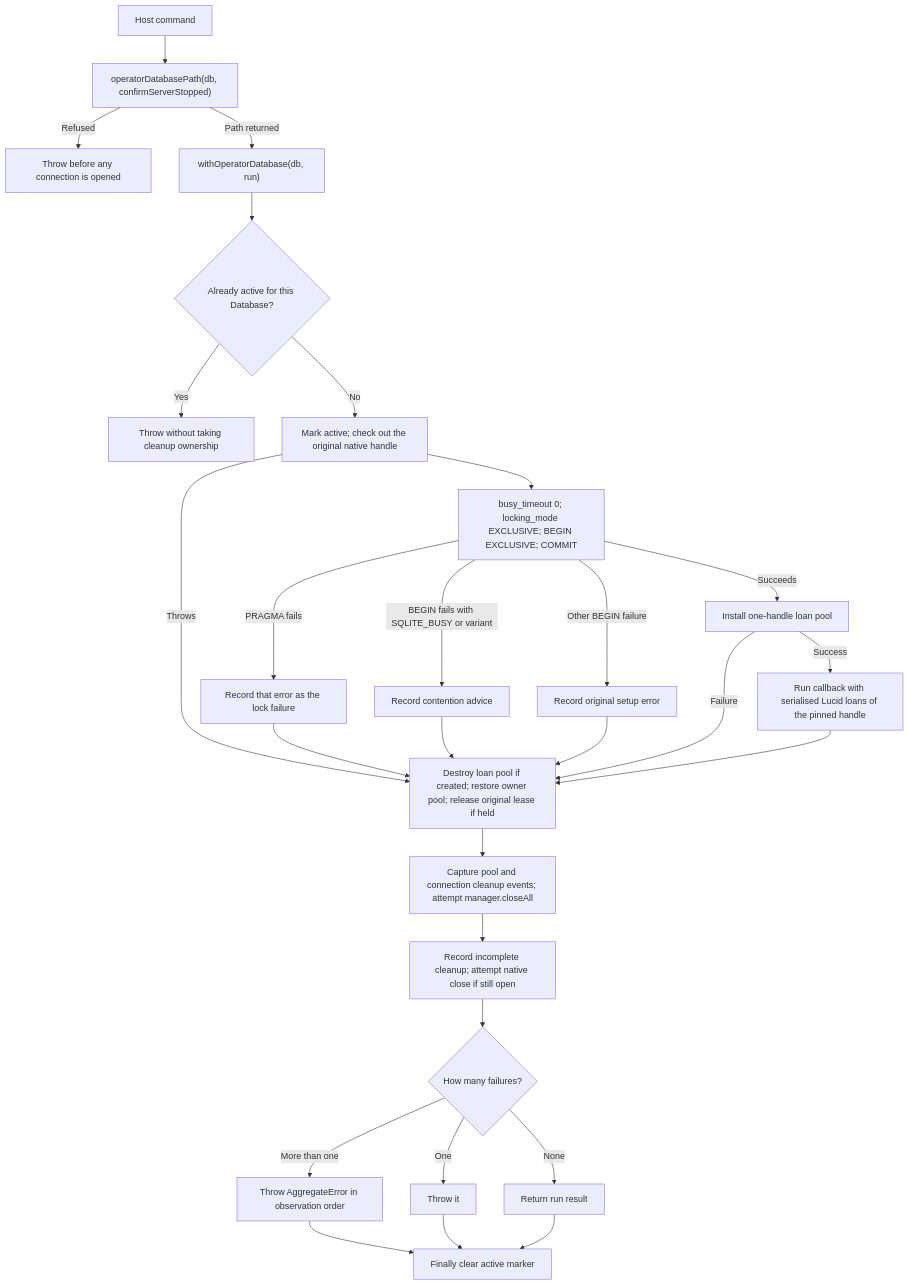
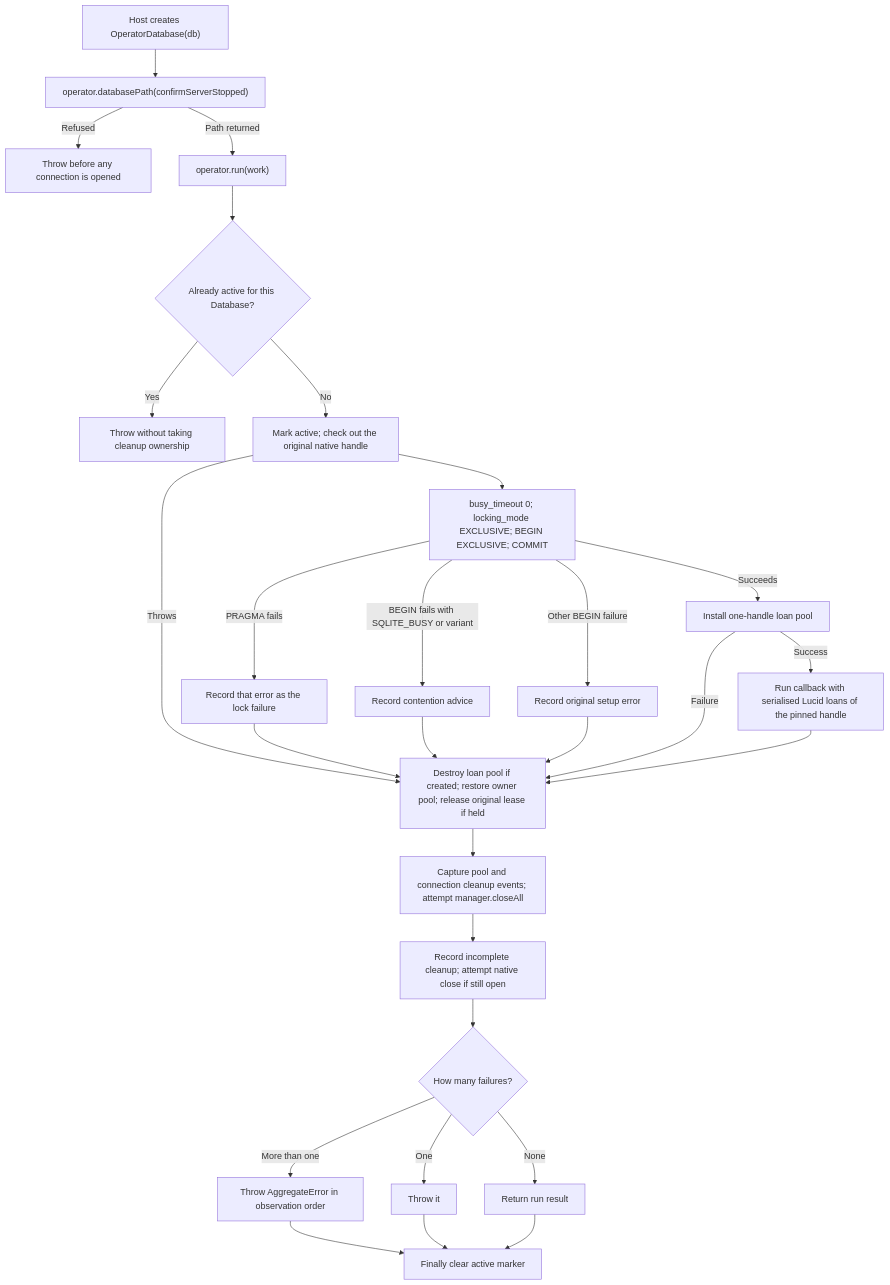
The second of 2 diagrams in user-stories/operator-guards/us-op-07-stopped-server-operator-command.md (Kevinjohn/oss-adonisjs-sqlite-backup), drawn with Mermaid before and after one commit. The commit also changed other lines of this file and 33 other files, not shown here.

````diff
--- a/user-stories/operator-guards/us-op-07-stopped-server-operator-command.md
+++ b/user-stories/operator-guards/us-op-07-stopped-server-operator-command.md
@@ -46,31 +46,31 @@
 ```mermaid
 flowchart TD
-    A["Host command"] --> B["operatorDatabasePath(db, confirmServerStopped)"]
+    A["Host creates OperatorDatabase(db)"] --> B["operator.databasePath(confirmServerStopped)"]
     B -->|Refused| X["Throw before any connection is opened"]
-    B -->|Path returned| C["withOperatorDatabase(db, run)"]
+    B -->|Path returned| C["operator.run(work)"]
     C --> C1{"Already active for this Database?"}
     C1 -->|Yes| X1["Throw without taking cleanup ownership"]
     C1 -->|No| D["Mark active; check out the original native handle"]
     D -->|Throws| I
     D --> S["busy_timeout 0; locking_mode EXCLUSIVE; BEGIN EXCLUSIVE; COMMIT"]
     S -->|PRAGMA fails| P["Record that error as the lock failure"]
     S -->|BEGIN fails with SQLITE_BUSY or variant| Q["Record contention advice"]
     S -->|Other BEGIN failure| R["Record original setup error"]
     S -->|Succeeds| P1["Install one-handle loan pool"]
     P1 -->|Failure| I
     P1 -->|Success| H["Run callback with serialised Lucid loans of the pinned handle"]
     P --> I
     Q --> I
     R --> I
     H --> I
     I["Destroy loan pool if created; restore owner pool; release original lease if held"]
     I --> I1["Capture pool and connection cleanup events; attempt manager.closeAll"]
     I1 --> I2["Record incomplete cleanup; attempt native close if still open"]
     I2 --> J{"How many failures?"}
     J -->|More than one| K["Throw AggregateError in observation order"]
     J -->|One| L["Throw it"]
     J -->|None| M["Return run result"]
     K --> N["Finally clear active marker"]
     L --> N
     M --> N
 ```
````
